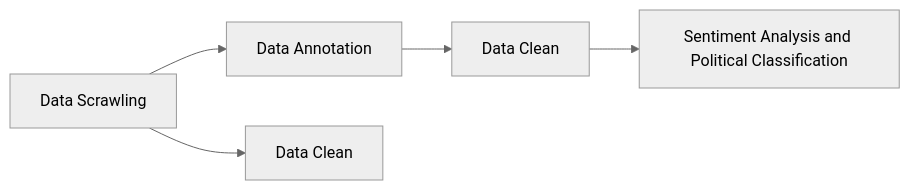
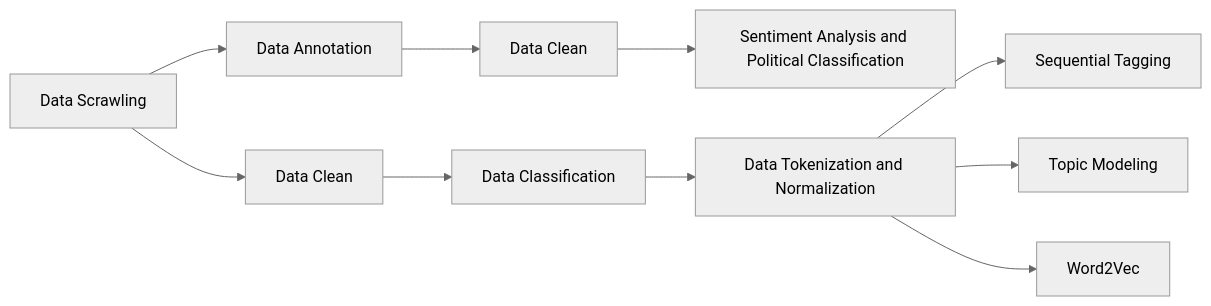
Before and after one commit to ronineume/X-NLP-Project: the diagram in README.md, drawn with Mermaid (neutral theme). The commit also changed other lines of this file, not shown here.

````diff
--- a/README.md
+++ b/README.md
@@ -12,5 +8,7 @@
 ```mermaid
  graph LR
 A[Data Scrawling]--> B[Data Annotation] --> C[Data Clean] --> D[Sentiment Analysis and Political Classification]
-A[Data Scrawling]--> E[Data Clean]
+A[Data Scrawling]--> E[Data Clean]-->F[Data Classification]-->G[Data Tokenization and Normalization]-->H[Sequential Tagging]
+G[Data Tokenization and Normalization]-->I[Topic Modeling]
+G[Data Tokenization and Normalization]-->J[Word2Vec]
 ```
````
